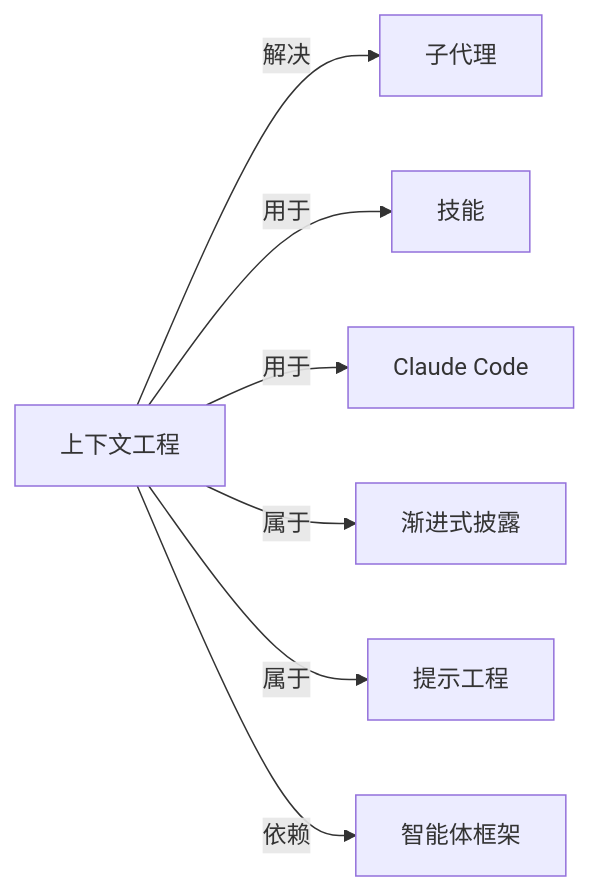
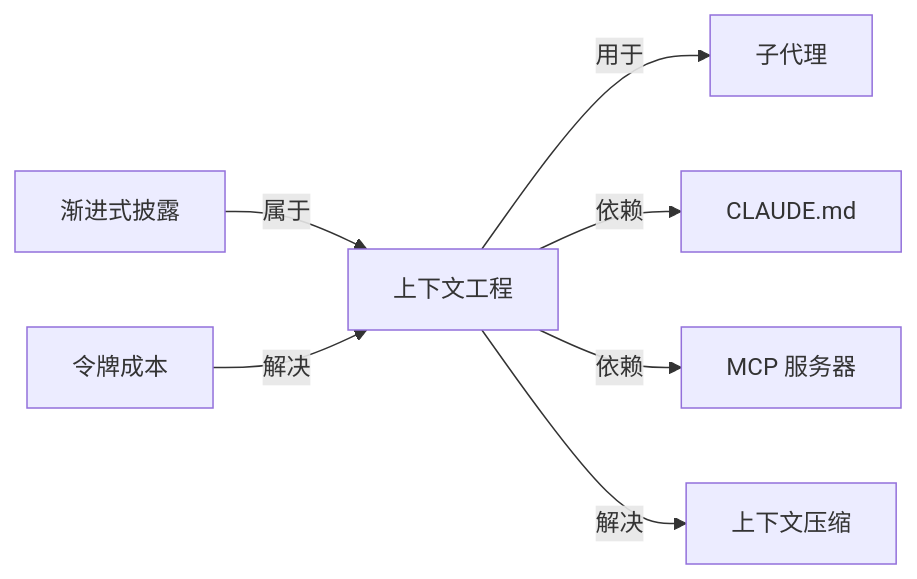
One commit to yibie/claude-best-practices-zh changed the diagram in wiki/上下文工程.md. Above: the diagram before and after it, drawn with Mermaid. The commit also changed other lines of this file and 407 other files, not shown here.

Commit message:
feat: DeepSeek 三遍审校（译文/关系/图谱）+ 可部署静态站点

````diff
--- a/wiki/上下文工程.md
+++ b/wiki/上下文工程.md
@@ -48,10 +51,10 @@
 ```mermaid
 graph LR
   C["上下文工程"]
-  C -->|解决| N0["子代理"]
-  C -->|用于| N1["技能"]
-  C -->|用于| N2["Claude Code"]
-  C -->|属于| N3["渐进式披露"]
-  C -->|属于| N4["提示工程"]
-  C -->|依赖| N5["智能体框架"]
+  C -->|用于| N0["子代理"]
+  N1["渐进式披露"] -->|属于| C
+  C -->|依赖| N2["CLAUDE.md"]
+  C -->|依赖| N3["MCP 服务器"]
+  C -->|解决| N4["上下文压缩"]
+  N5["令牌成本"] -->|解决| C
 ```
````
